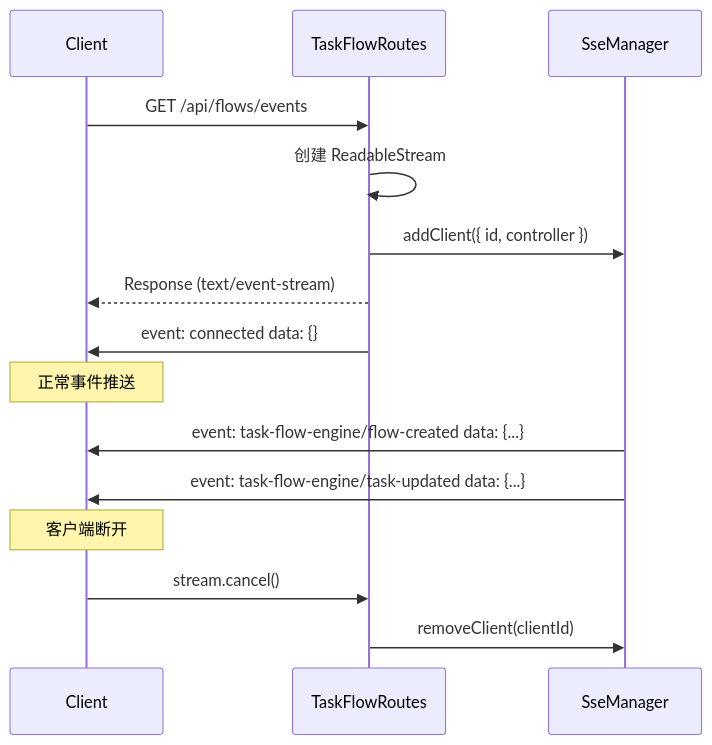
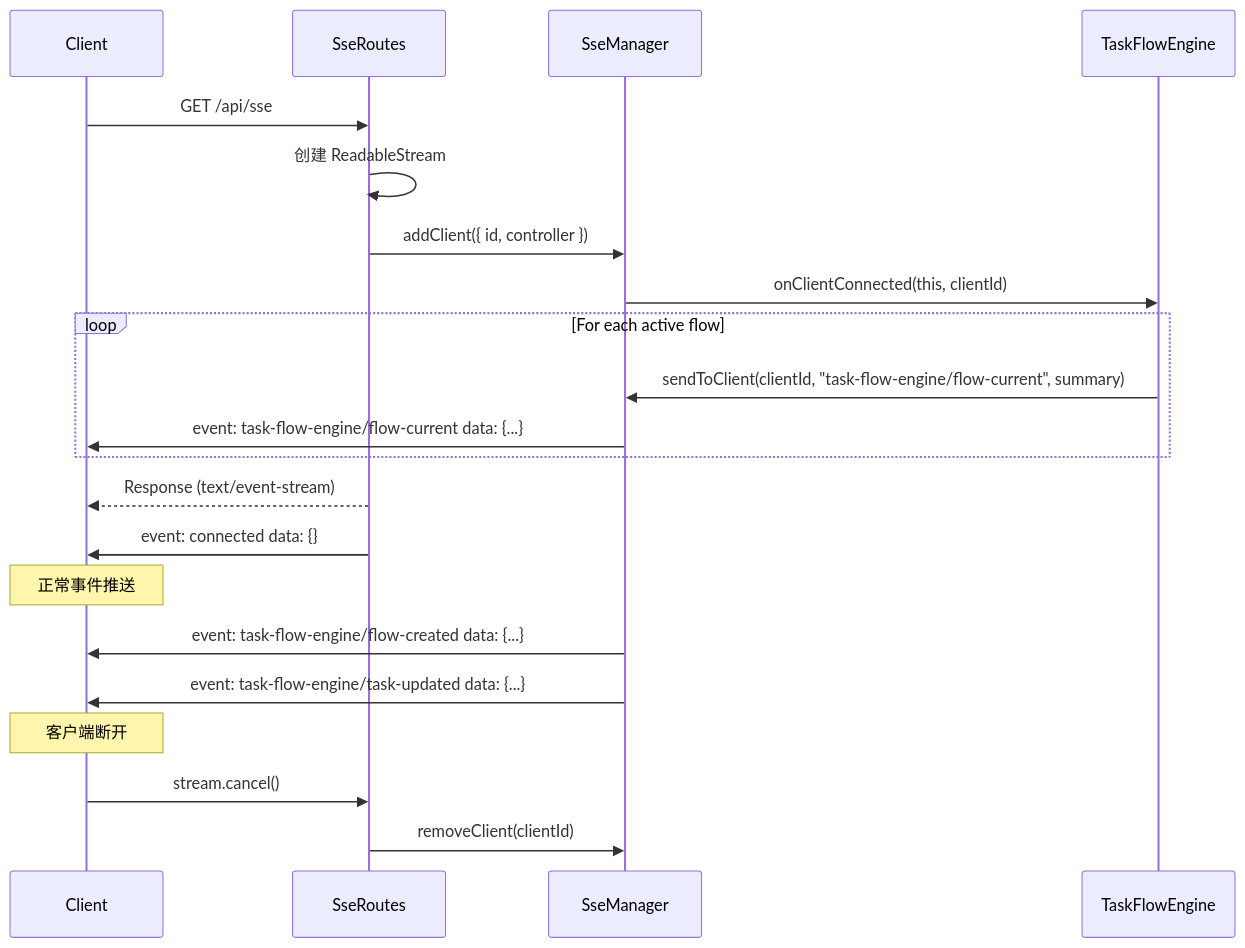
Before and after one commit to etrita005/syrius-robotops: the seventh of 7 diagrams in documents/design/task_flow_engine_design.md, drawn with Mermaid. The commit also changed other lines of this file and 19 other files, not shown here.

First line of the commit message:
refactor: add ISseManagerEventHandler interface, fix Robot Details SSE subscriptions

````diff
--- a/documents/design/task_flow_engine_design.md
+++ b/documents/design/task_flow_engine_design.md
@@ -428,20 +428,26 @@
 ```mermaid
 sequenceDiagram
     participant Client
-    participant Routes as TaskFlowRoutes
+    participant Routes as SseRoutes
     participant SSE as SseManager
+    participant Engine as TaskFlowEngine
 
-    Client->>Routes: GET /api/flows/events
+    Client->>Routes: GET /api/sse
     Routes->>Routes: 创建 ReadableStream
     Routes->>SSE: addClient({ id, controller })
+    SSE->>Engine: onClientConnected(this, clientId)
+    loop For each active flow
+        Engine->>SSE: sendToClient(clientId, "task-flow-engine/flow-current", summary)
+        SSE->>Client: event: task-flow-engine/flow-current data: {...}
+    end
     Routes-->>Client: Response (text/event-stream)
     Routes->>Client: event: connected data: {}
 
     Note over Client: 正常事件推送
     SSE->>Client: event: task-flow-engine/flow-created data: {...}
     SSE->>Client: event: task-flow-engine/task-updated data: {...}
 
     Note over Client: 客户端断开
     Client->>Routes: stream.cancel()
     Routes->>SSE: removeClient(clientId)
 ```
````
